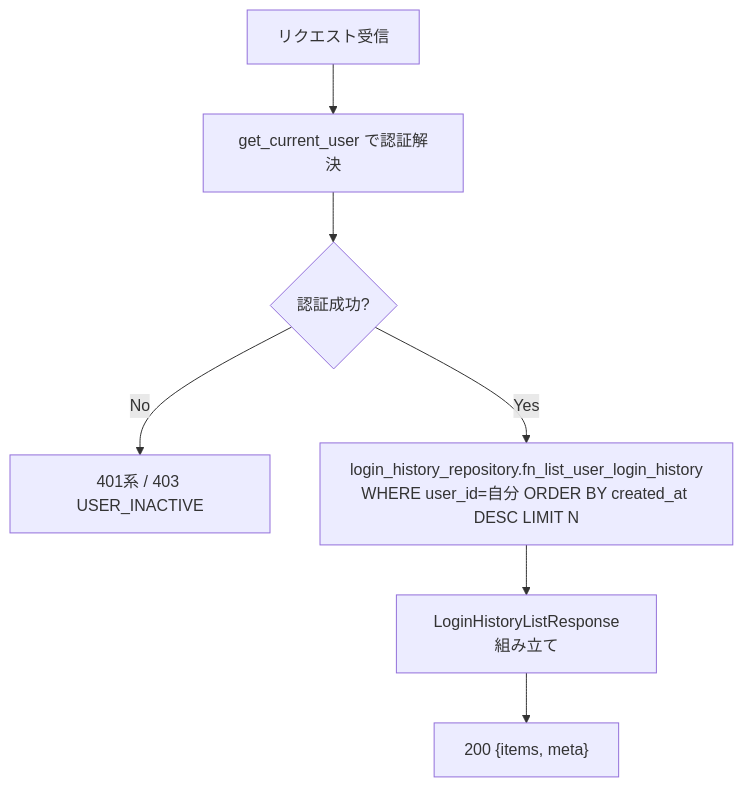
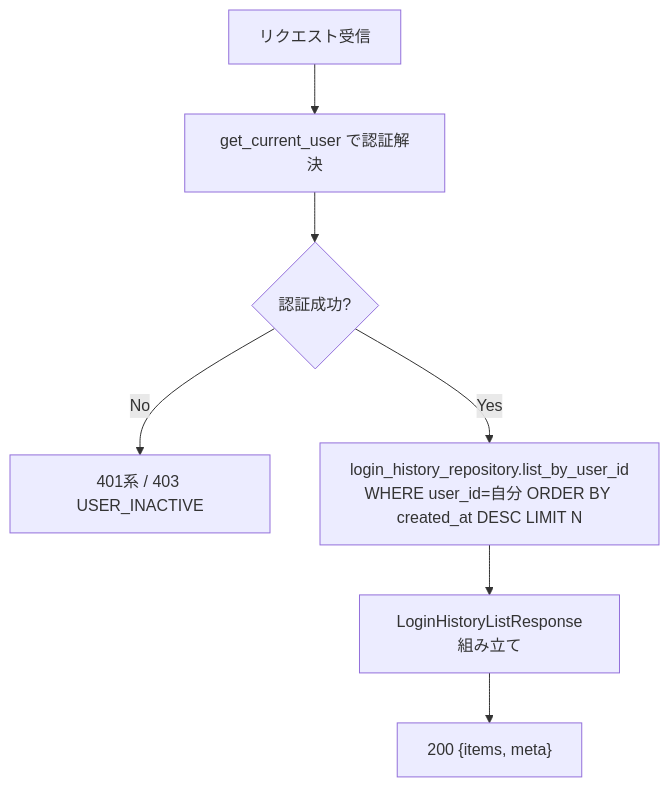
One commit to oikawa-d/task_management changed the second of 4 diagrams in docs/detailed_design/api/users/04_get_users_me_login_history.md. Above: the diagram before and after it, drawn with Mermaid. The commit also changed other lines of this file and 4 other files, not shown here.

````diff
--- a/docs/detailed_design/api/users/04_get_users_me_login_history.md
+++ b/docs/detailed_design/api/users/04_get_users_me_login_history.md
@@ -139,9 +139,9 @@
 ```mermaid
 flowchart TB
     A["リクエスト受信"] --> B["get_current_user で認証解決"]
     B --> C{"認証成功?"}
     C -->|"No"| E1["401系 / 403 USER_INACTIVE"]
-    C -->|"Yes"| D["login_history_repository.fn_list_user_login_history<br/>WHERE user_id=自分 ORDER BY created_at DESC LIMIT N"]
+    C -->|"Yes"| D["login_history_repository.list_by_user_id<br/>WHERE user_id=自分 ORDER BY created_at DESC LIMIT N"]
     D --> E["LoginHistoryListResponse組み立て"]
     E --> F["200 {items, meta}"]
 ```
````
